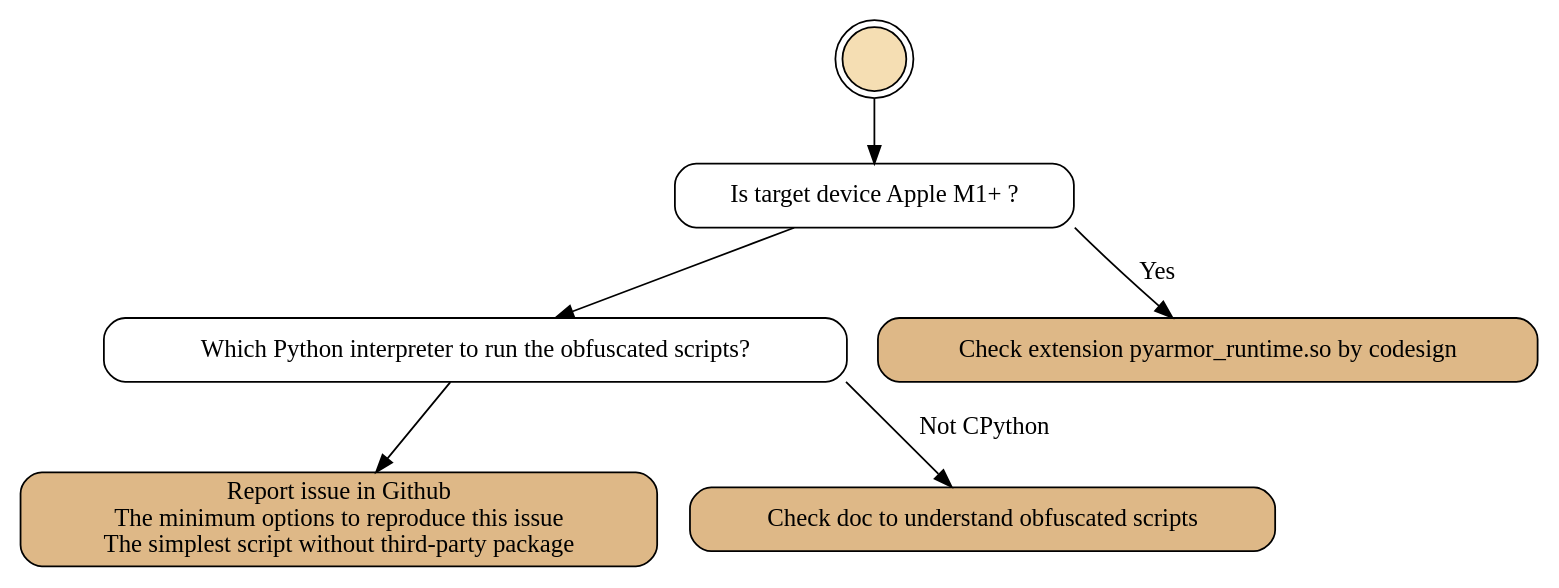
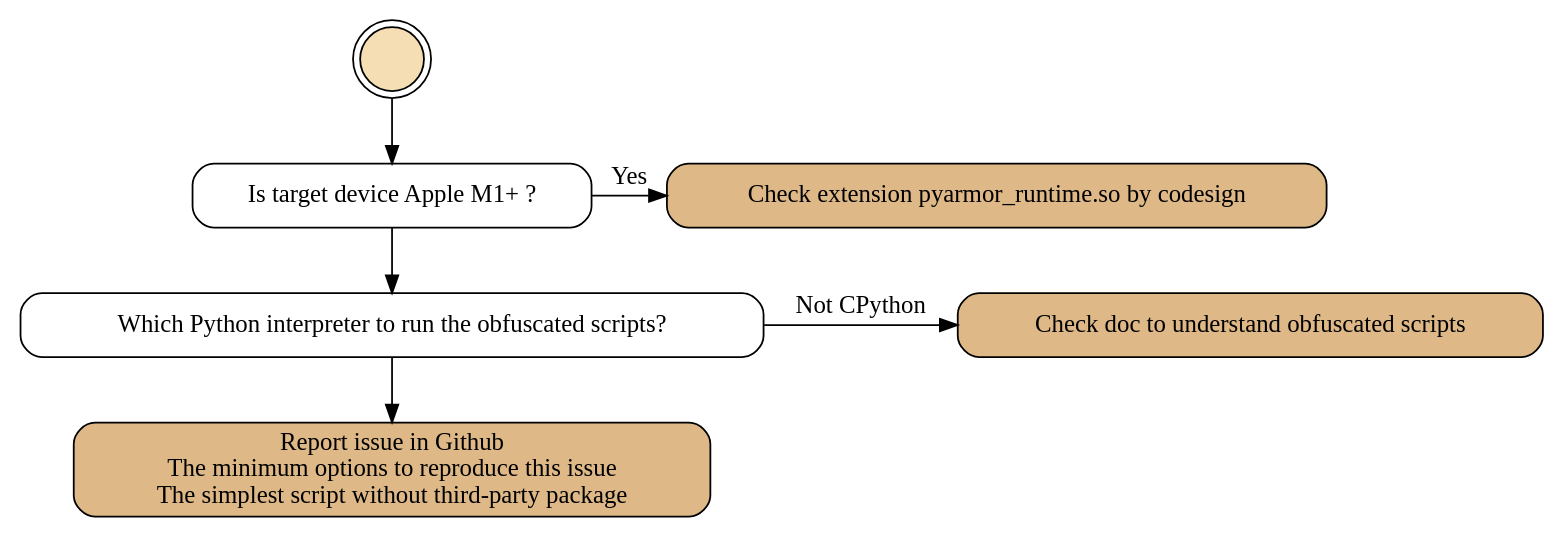
The fourth of 5 diagrams in pyarmor/learn/en/how-to.rst (dashingsoft/dashingsoft.github.io), drawn with Graphviz before and after one commit. The commit also changed other lines of this file and 1 other file, not shown here.

Commit message:
Refine graph with rand=same

```diff
--- a/pyarmor/learn/en/how-to.rst
+++ b/pyarmor/learn/en/how-to.rst
@@ -198,38 +196,37 @@
 .. graphviz::
    :caption: Fix crash issues in runtime
    :align: center
    :name: graph-fix-runtime-crash-issue
 
    digraph G {
       node [shape=box, style=rounded]
 
       start [shape="doublecircle", label="",
              style="filled", fillcolor="wheat"]
 
       subgraph P0 {
           rankdir="TB"
           style="setlinewidth(0)"
 
           s1 [label="Is target device Apple M1+ ?"]
           s2 [label="Which Python interpreter to run the obfuscated scripts?"]
       }
 
       subgraph P1 {
           node [
              style="filled,rounded",
              fillcolor="burlywood",
              ]
           n1 [label="Check extension pyarmor_runtime.so by codesign"]
           n2 [href="https://pyarmor.readthedocs.io/en/latest/topic/obfuscated-script.html"
               label="Check doc to understand obfuscated scripts"]
           n3 [href="https://github.com/dashingsoft/pyarmor/issues"
               label="Report issue in Github\nThe minimum options to reproduce this issue\nThe simplest script without third-party package"]
       }
 
       start -> s1
       s1 -> s2 -> n3
 
-      edge [tailport=se]
-      s1 -> n1 [label="Yes"]
-      s2 -> n2 [label="Not CPython"]
+      rank=same { s1 -> n1 [label="Yes"] }
+      rank=same { s2 -> n2 [label="Not CPython"] }
    }
```
